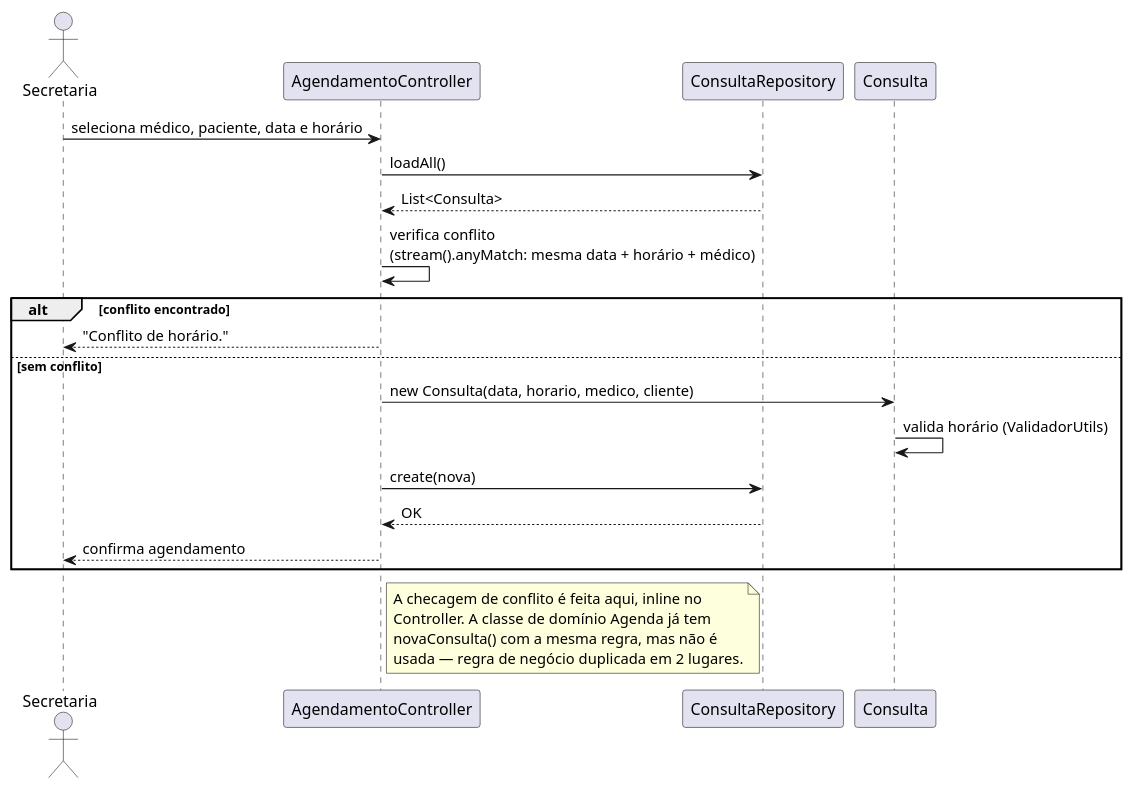
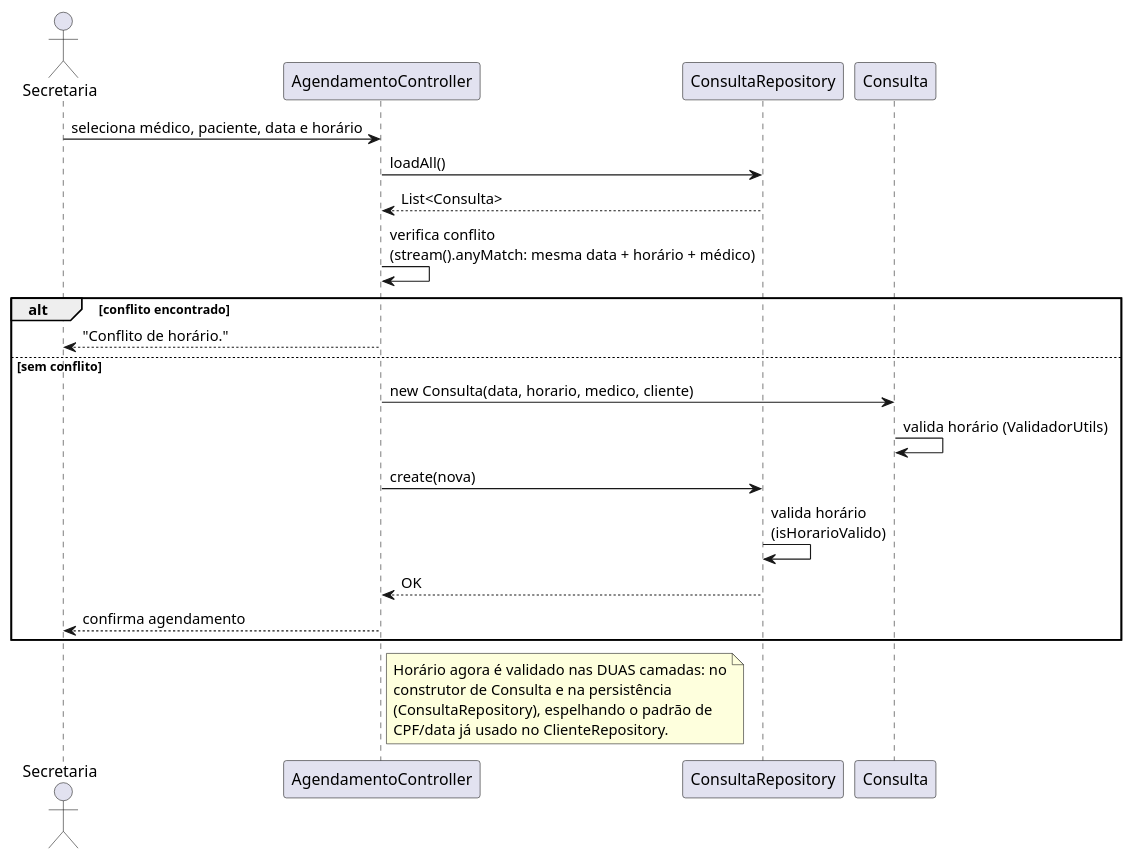
One commit to poo-ec-2026-1/g8 changed the diagram in docs/uml/sequencia-agendar-consulta.puml. Above: the diagram before and after it, drawn with PlantUML. The commit also changed 5 other files, not shown here.

Commit message:
docs: regenera UML (CadastroValidator, mascaras, validacao de horario)

```diff
--- a/docs/uml/sequencia-agendar-consulta.puml
+++ b/docs/uml/sequencia-agendar-consulta.puml
@@ -1,32 +1,33 @@
 @startuml sequencia-agendar-consulta
 
 ' Agendar Consulta (Secretaria) — com.poo.controller.AgendamentoController
 
 actor Secretaria
 participant "AgendamentoController" as AC
 participant "ConsultaRepository" as ConsultaRepo
 participant "Consulta" as ConsultaModel
 
 Secretaria -> AC : seleciona médico, paciente, data e horário
 AC -> ConsultaRepo : loadAll()
 ConsultaRepo --> AC : List<Consulta>
 AC -> AC : verifica conflito\n(stream().anyMatch: mesma data + horário + médico)
 
 alt conflito encontrado
   AC --> Secretaria : "Conflito de horário."
 else sem conflito
   AC -> ConsultaModel : new Consulta(data, horario, medico, cliente)
   ConsultaModel -> ConsultaModel : valida horário (ValidadorUtils)
   AC -> ConsultaRepo : create(nova)
+  ConsultaRepo -> ConsultaRepo : valida horário\n(isHorarioValido)
   ConsultaRepo --> AC : OK
   AC --> Secretaria : confirma agendamento
 end
 
 note right of AC
-  A checagem de conflito é feita aqui, inline no
-  Controller. A classe de domínio Agenda já tem
-  novaConsulta() com a mesma regra, mas não é
-  usada — regra de negócio duplicada em 2 lugares.
+  Horário agora é validado nas DUAS camadas: no
+  construtor de Consulta e na persistência
+  (ConsultaRepository), espelhando o padrão de
+  CPF/data já usado no ClienteRepository.
 end note
 
 @enduml
```
